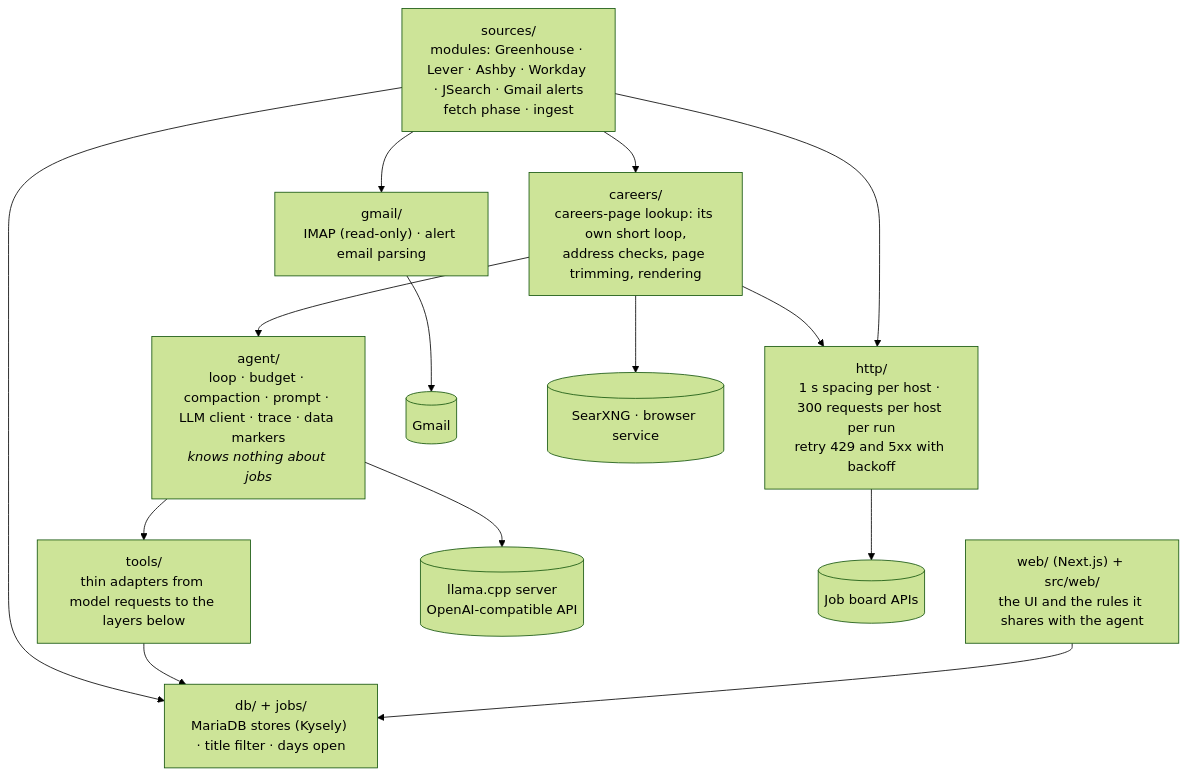
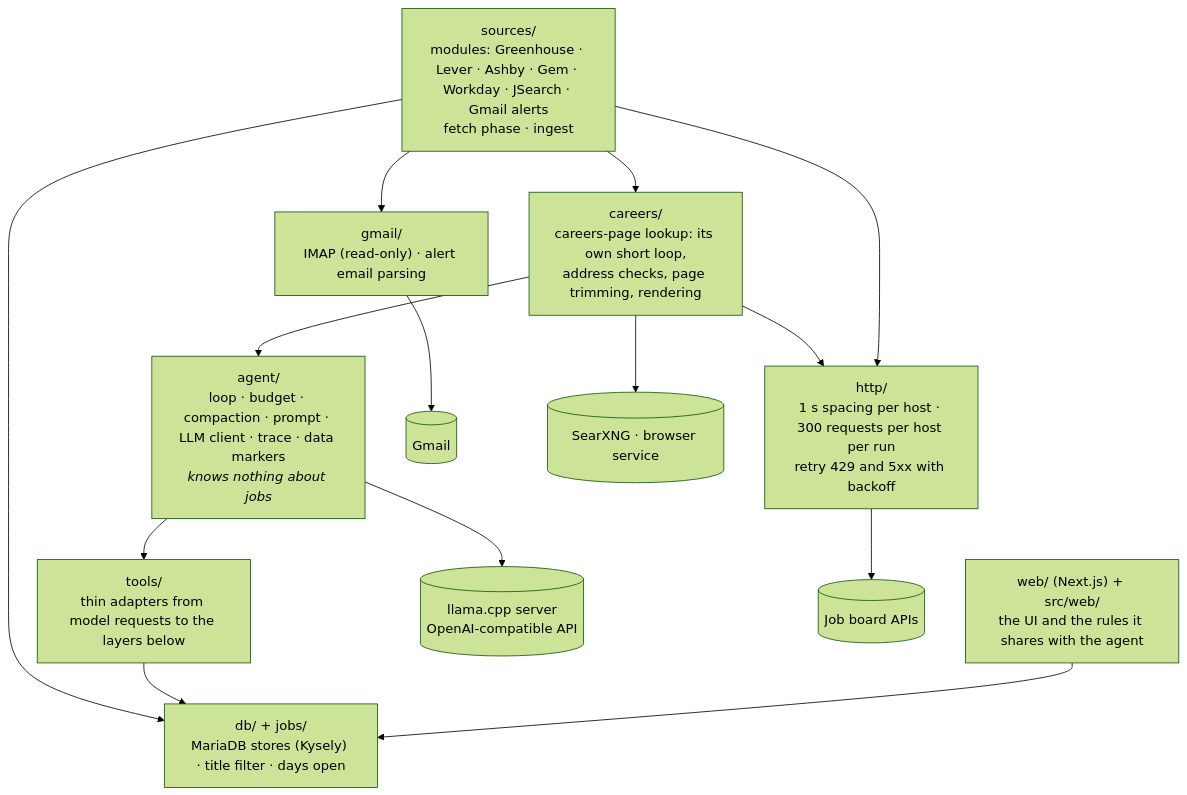
The fifth of 7 diagrams in README.md (risingfish/myjobbot), drawn with Mermaid (forest theme) before and after one commit. The commit also changed other lines of this file and 15 other files, not shown here.

````diff
--- a/README.md
+++ b/README.md
@@ -613,29 +616,29 @@
 ```mermaid
 flowchart TD
     AGENT["agent/<br/>loop · budget · compaction · prompt · LLM client · trace · data markers<br/><i>knows nothing about jobs</i>"]
     TOOLS["tools/<br/>thin adapters from model requests to the layers below"]
-    SOURCES["sources/<br/>modules: Greenhouse · Lever · Ashby · Workday · JSearch · Gmail alerts<br/>fetch phase · ingest"]
+    SOURCES["sources/<br/>modules: Greenhouse · Lever · Ashby · Gem · Workday · JSearch · Gmail alerts<br/>fetch phase · ingest"]
     GMAIL["gmail/<br/>IMAP (read-only) · alert email parsing"]
     CAREERS["careers/<br/>careers-page lookup: its own short loop,<br/>address checks, page trimming, rendering"]
     HTTP["http/<br/>1 s spacing per host · 300 requests per host per run<br/>retry 429 and 5xx with backoff"]
     DB["db/ + jobs/<br/>MariaDB stores (Kysely) · title filter · days open"]
     WEB["web/ (Next.js) + src/web/<br/>the UI and the rules it shares with the agent"]
     LLAMA[("llama.cpp server<br/>OpenAI-compatible API")]
     BOARDS[("Job board APIs")]
     MAIL[("Gmail")]
     SEARCH[("SearXNG · browser service")]
 
     AGENT --> TOOLS
     AGENT --> LLAMA
     SOURCES --> GMAIL
     SOURCES --> CAREERS
     SOURCES --> DB
     TOOLS --> DB
     CAREERS --> AGENT
     CAREERS --> SEARCH
     CAREERS --> HTTP
     SOURCES --> HTTP
     HTTP --> BOARDS
     GMAIL --> MAIL
     WEB --> DB
 ```
````
